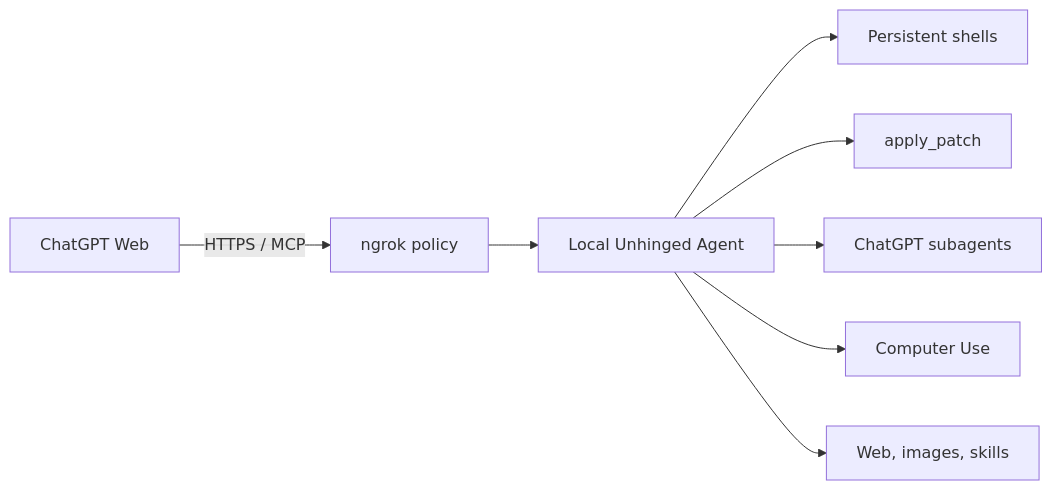
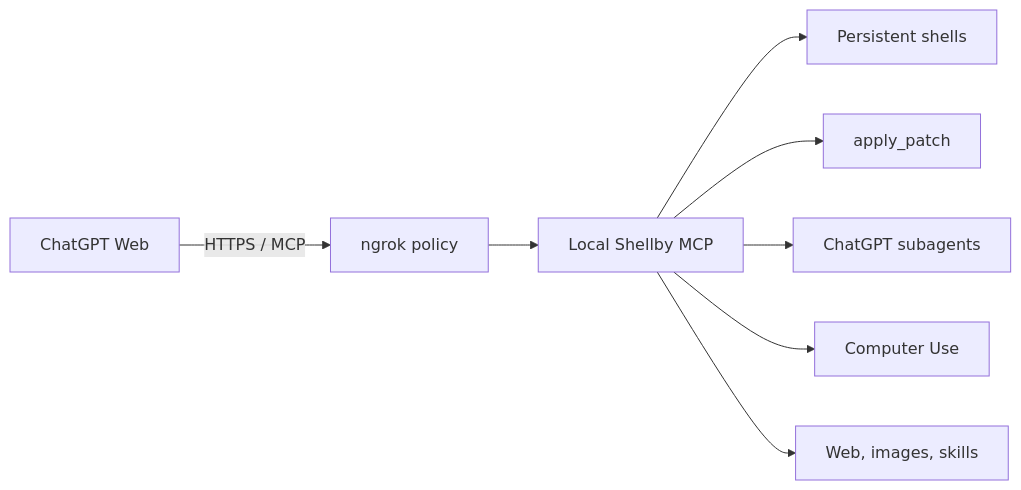
One commit to serbyte-development/shellby-mcp changed the diagram in README.md. Above: the diagram before and after it, drawn with Mermaid. The commit also changed other lines of this file and 34 other files, not shown here.

Commit message:
Change name to Shellby MCP

````diff
--- a/README.md
+++ b/README.md
@@ -92,10 +92,10 @@
 ```mermaid
 flowchart LR
     ChatGPT[ChatGPT Web] -->|HTTPS / MCP| Tunnel[ngrok policy]
-    Tunnel --> Server[Local Unhinged Agent]
+    Tunnel --> Server[Local Shellby MCP]
     Server --> Shells[Persistent shells]
     Server --> Files[apply_patch]
     Server --> Browser[ChatGPT subagents]
     Server --> Computer[Computer Use]
     Server --> Web[Web, images, skills]
 ```
````
